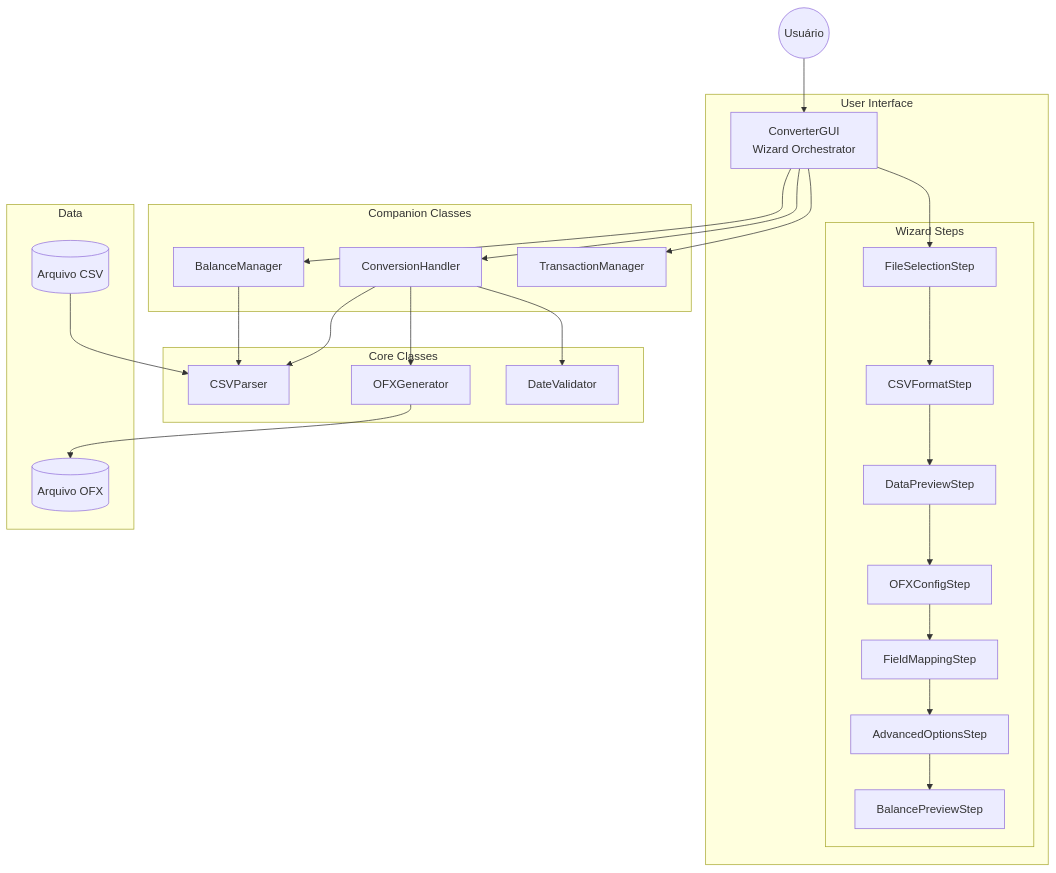
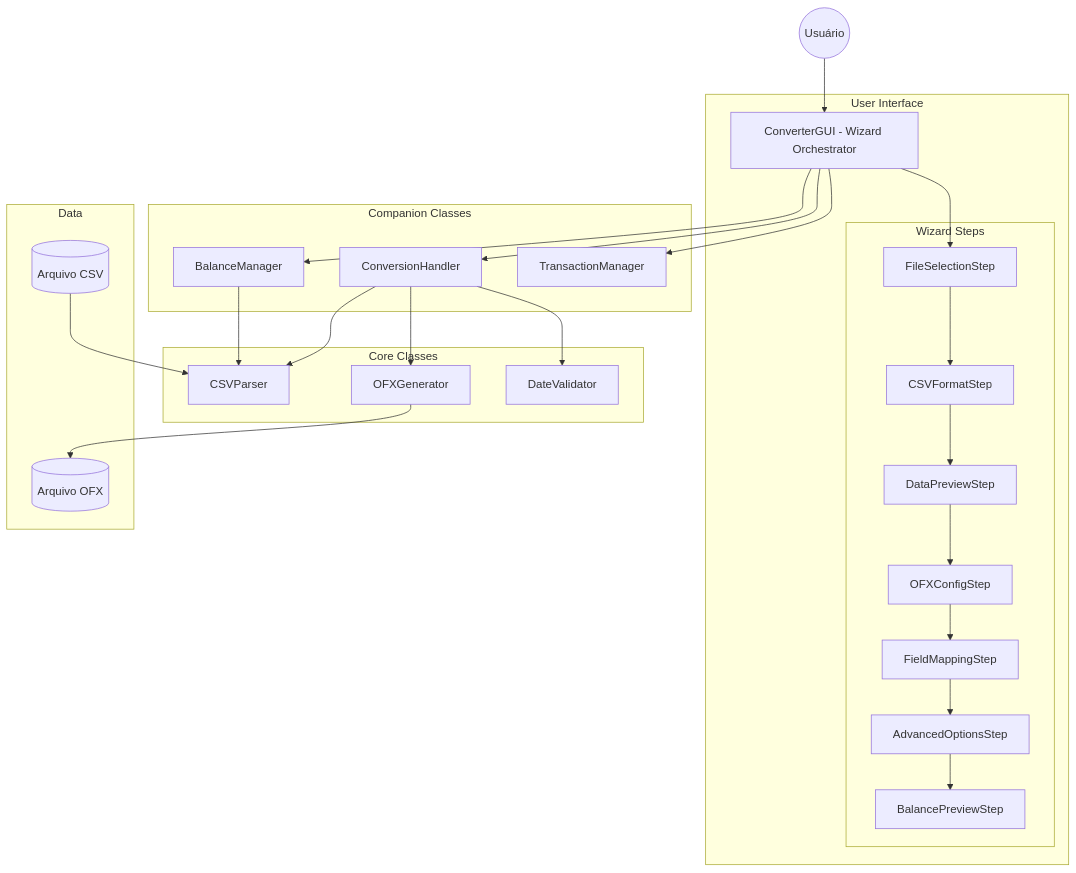
The diagram in docs/pt-BR/README.md (andrebarsotti/csv-to-ofx-converter), drawn with Mermaid before and after one commit. The commit also changed 13 other files, not shown here.

Commit message:
fix: Remove unsupported br tags from Mermaid diagrams for GitHub rendering

````diff
--- a/docs/pt-BR/README.md
+++ b/docs/pt-BR/README.md
@@ -70,53 +70,53 @@
 ```mermaid
 flowchart TB
     subgraph User Interface
-        GUI[ConverterGUI<br/>Wizard Orchestrator]
+        GUI[ConverterGUI - Wizard Orchestrator]
         subgraph Wizard Steps
             Step1[FileSelectionStep]
             Step2[CSVFormatStep]
             Step3[DataPreviewStep]
             Step4[OFXConfigStep]
             Step5[FieldMappingStep]
             Step6[AdvancedOptionsStep]
             Step7[BalancePreviewStep]
         end
     end
 
     subgraph Companion Classes
         BM[BalanceManager]
         CH[ConversionHandler]
         TM[TransactionManager]
     end
 
     subgraph Core Classes
         CSV[CSVParser]
         OFX[OFXGenerator]
         DV[DateValidator]
     end
 
     subgraph Data
         CSVFile[(Arquivo CSV)]
         OFXFile[(Arquivo OFX)]
     end
 
     User((Usuário)) --> GUI
     GUI --> Step1
     Step1 --> Step2
     Step2 --> Step3
     Step3 --> Step4
     Step4 --> Step5
     Step5 --> Step6
     Step6 --> Step7
 
     GUI --> BM
     GUI --> CH
     GUI --> TM
 
     BM --> CSV
     CH --> CSV
     CH --> OFX
     CH --> DV
 
     CSVFile --> CSV
     OFX --> OFXFile
 ```
````
